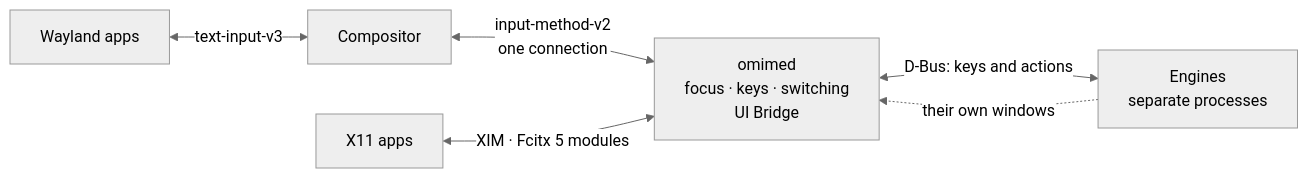
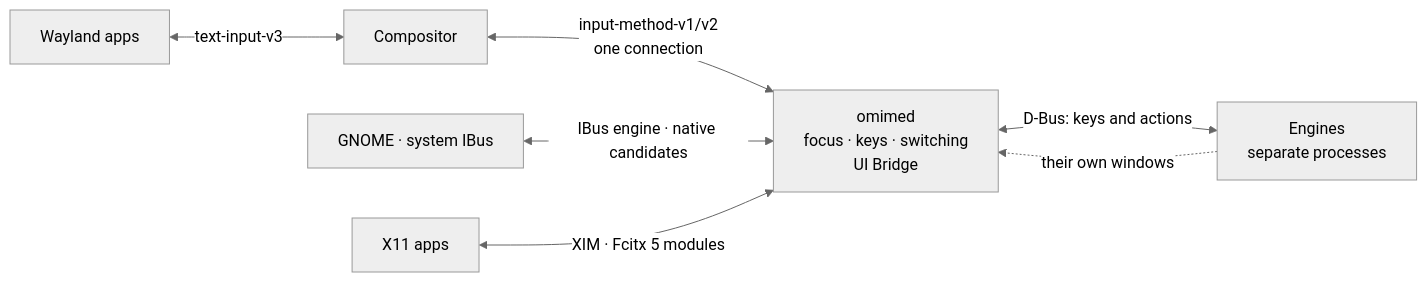
Before and after one commit to Ign1x/oh-my-ime: the diagram in README.md, drawn with Mermaid (neutral theme). The commit also changed other lines of this file and 85 other files, not shown here.

Commit message:
feat: add native KDE and GNOME input backends

````diff
--- a/README.md
+++ b/README.md
@@ -41,8 +41,9 @@
 ```mermaid
 flowchart LR
     W["Wayland apps"] <-->|"text-input-v3"| C["Compositor"]
-    C <-->|"input-method-v2<br/>one connection"| D["omimed<br/>focus · keys · switching<br/>UI Bridge"]
+    C <-->|"input-method-v1/v2<br/>one connection"| D["omimed<br/>focus · keys · switching<br/>UI Bridge"]
+    G["GNOME · system IBus"] <-->|"IBus engine · native candidates"| D
     X["X11 apps"] <-->|"XIM · Fcitx 5 modules"| D
     D <-->|"D-Bus: keys and actions"| E["Engines<br/>separate processes"]
     E -.->|"their own windows"| D
 ```
````
